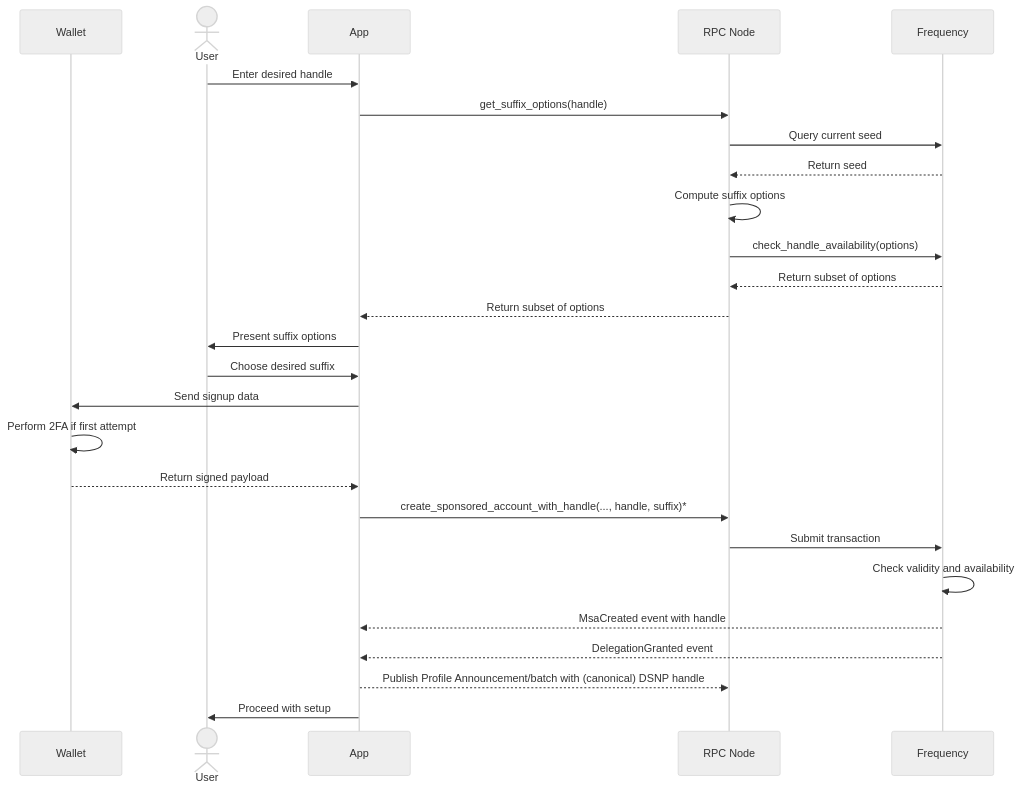
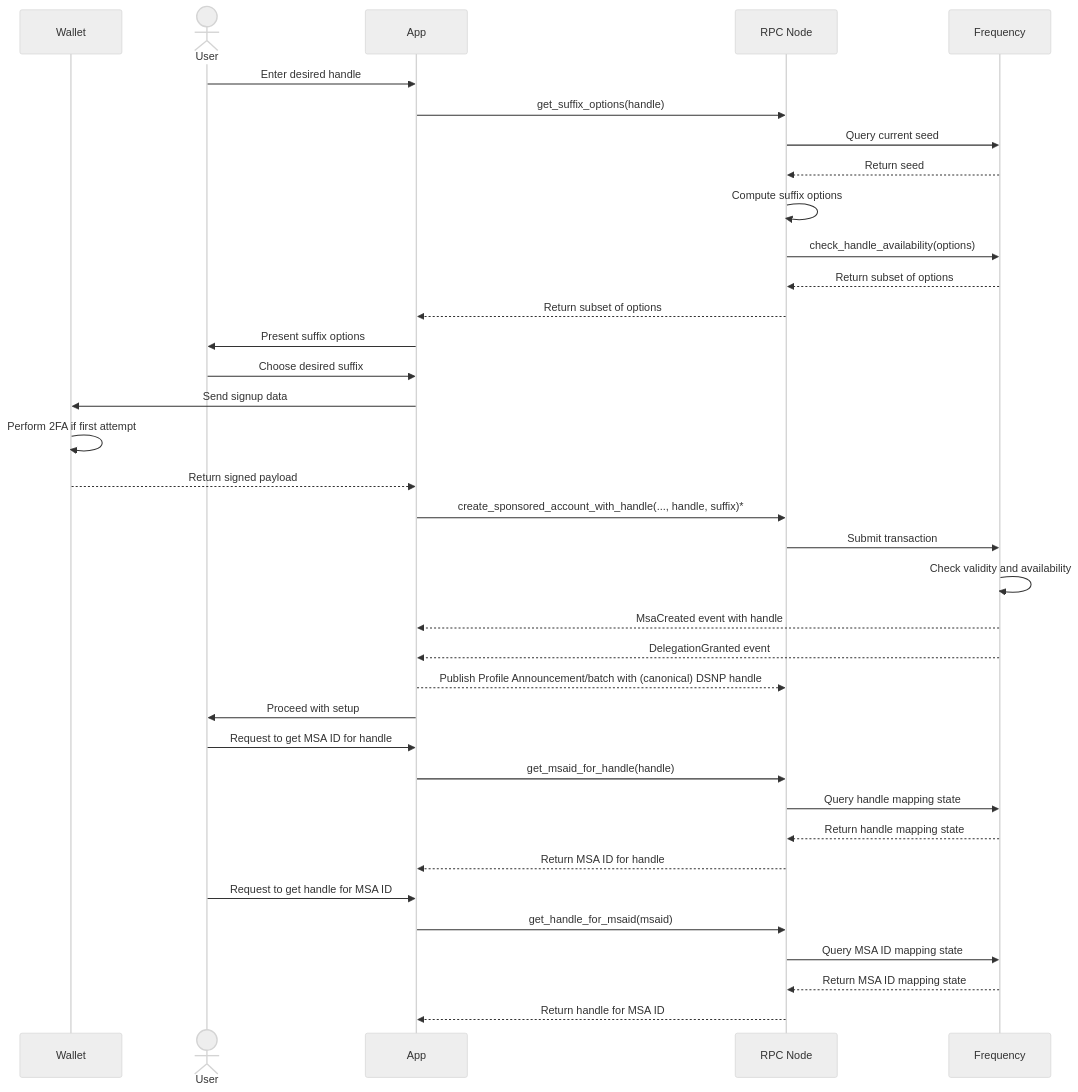
The first of 2 diagrams in designdocs/user-handles.md (frequency-chain/frequency), drawn with Mermaid (neutral theme) before and after one commit.

Commit message:
simplify

````diff
--- a/designdocs/user-handles.md
+++ b/designdocs/user-handles.md
@@ -54,28 +54,38 @@
 ```mermaid
 sequenceDiagram
     participant Wallet
     actor User
     participant App
     participant RPC as RPC Node
     participant Chain as Frequency
     User->>App: Enter desired handle
     App->>RPC: get_suffix_options(handle)
     RPC->>Chain: Query current seed
     Chain-->>RPC: Return seed
     RPC->>RPC: Compute suffix options
     RPC->>Chain: check_handle_availability(options)
     Chain-->>RPC: Return subset of options
     RPC-->>App: Return subset of options
     App->>User: Present suffix options
     User->>App: Choose desired suffix
     App->>Wallet: Send signup data
     Wallet->>Wallet: Perform 2FA if first attempt
     Wallet-->>App: Return signed payload
     App->>RPC: create_sponsored_account_with_handle(..., handle, suffix)*
     RPC->>Chain: Submit transaction
     Chain->>Chain: Check validity and availability
     Chain-->>App: MsaCreated event with handle
     Chain-->>App: DelegationGranted event
     App-->>RPC: Publish Profile Announcement/batch with (canonical) DSNP handle
     App->>User: Proceed with setup
+    User->>App: Request to get MSA ID for handle
+    App->>RPC: get_msaid_for_handle(handle)
+    RPC->>Chain: Query handle mapping state
+    Chain-->>RPC: Return handle mapping state
+    RPC-->>App: Return MSA ID for handle
+    User->>App: Request to get handle for MSA ID
+    App->>RPC: get_handle_for_msaid(msaid)
+    RPC->>Chain: Query MSA ID mapping state
+    Chain-->>RPC: Return MSA ID mapping state
+    RPC-->>App: Return handle for MSA ID
 ```
````
